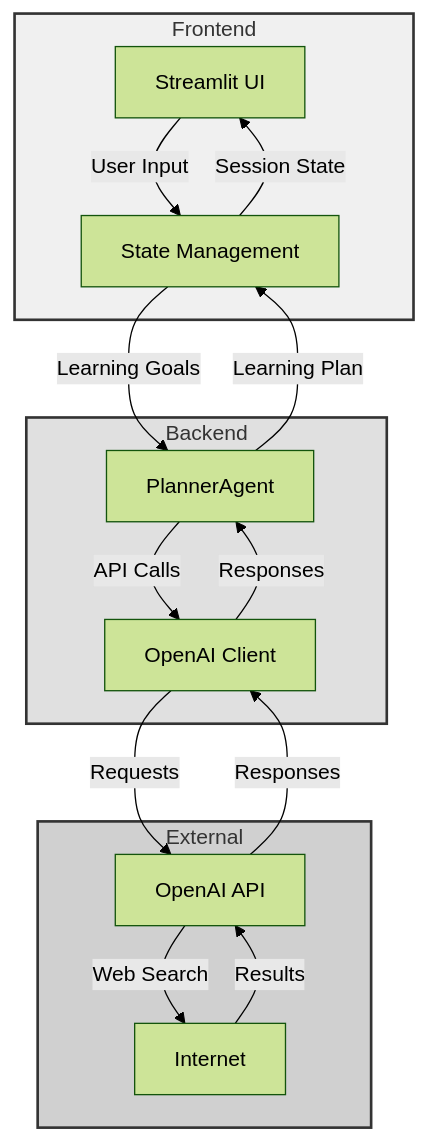
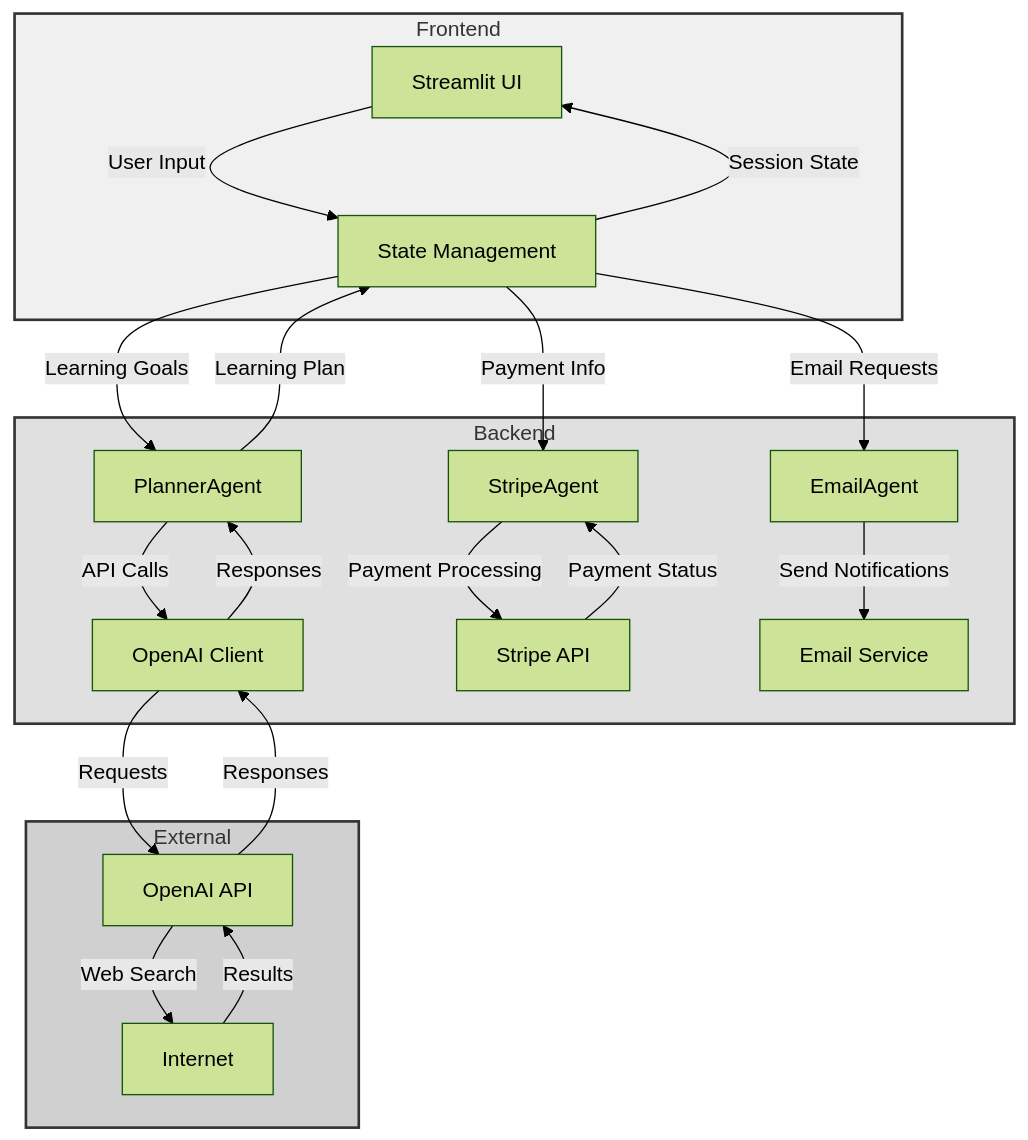
The second of 5 diagrams in CoachAI/docs/README.md (hansraj316/Projects), drawn with Mermaid (forest theme) before and after one commit. The commit also changed other lines of this file and 27 other files, not shown here.

Commit message:
Enhance CoachAI with Stripe integration for subscription management, including new payment handling in StripeAgent, updated LearningGoal model, and improved UI for API key configuration and subscription options. Update documentation to reflect new features and user flow.

````diff
--- a/CoachAI/docs/README.md
+++ b/CoachAI/docs/README.md
@@ -38,26 +47,31 @@
 ```mermaid
 graph TB
     subgraph Frontend
         A[Streamlit UI] -->|User Input| B[State Management]
         B -->|Session State| A
     end
     
     subgraph Backend
         C[PlannerAgent] -->|API Calls| D[OpenAI Client]
         D -->|Responses| C
+        S[StripeAgent] -->|Payment Processing| P[Stripe API]
+        P -->|Payment Status| S
+        E[EmailAgent] -->|Send Notifications| M[Email Service]
     end
     
     subgraph External
-        E[OpenAI API] -->|Web Search| F[Internet]
-        F -->|Results| E
+        X[OpenAI API] -->|Web Search| I[Internet]
+        I -->|Results| X
     end
     
     B -->|Learning Goals| C
+    B -->|Payment Info| S
+    B -->|Email Requests| E
     C -->|Learning Plan| B
-    D -->|Requests| E
-    E -->|Responses| D
+    D -->|Requests| X
+    X -->|Responses| D
 
     style Frontend fill:#f0f0f0,stroke:#333,stroke-width:2px
     style Backend fill:#e0e0e0,stroke:#333,stroke-width:2px
     style External fill:#d0d0d0,stroke:#333,stroke-width:2px
 ```
````
